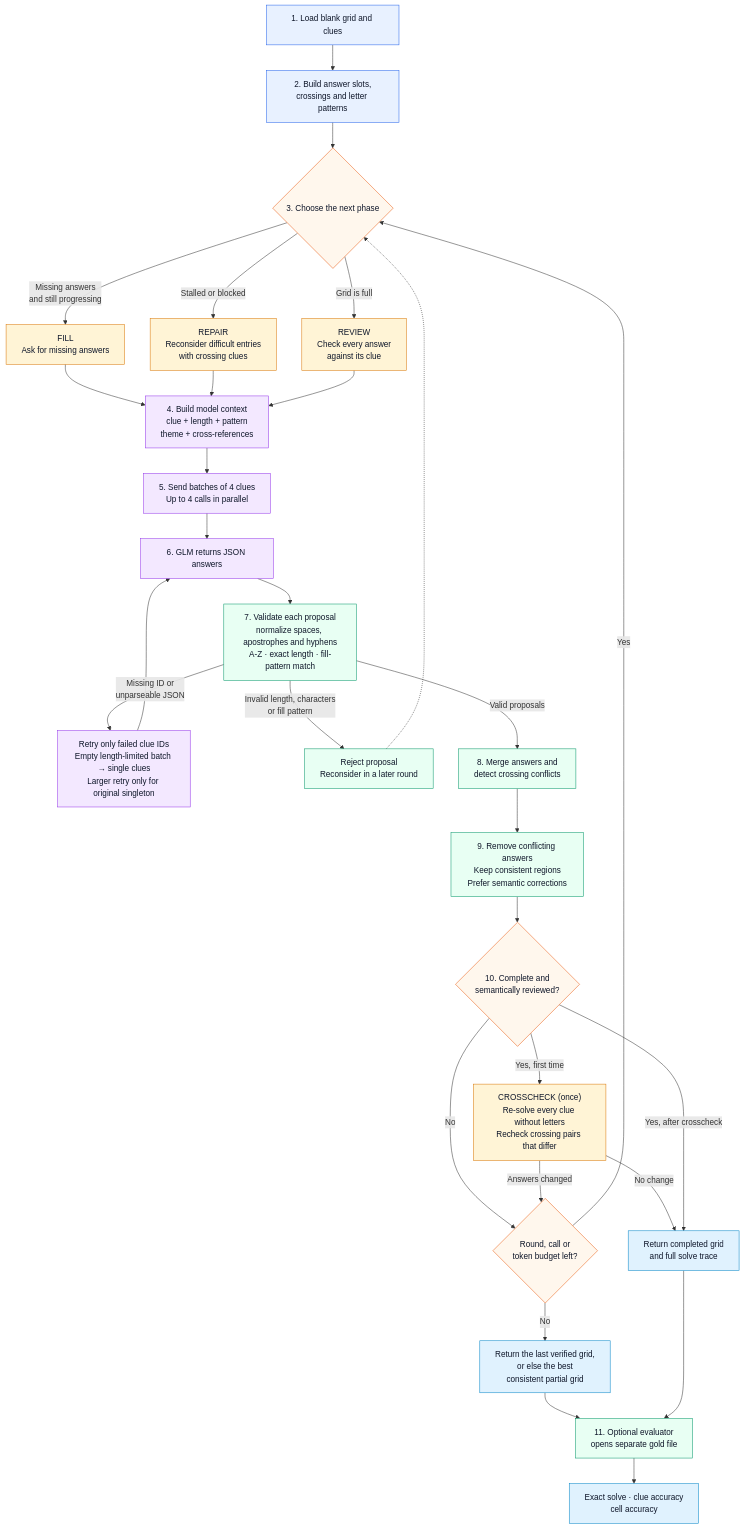
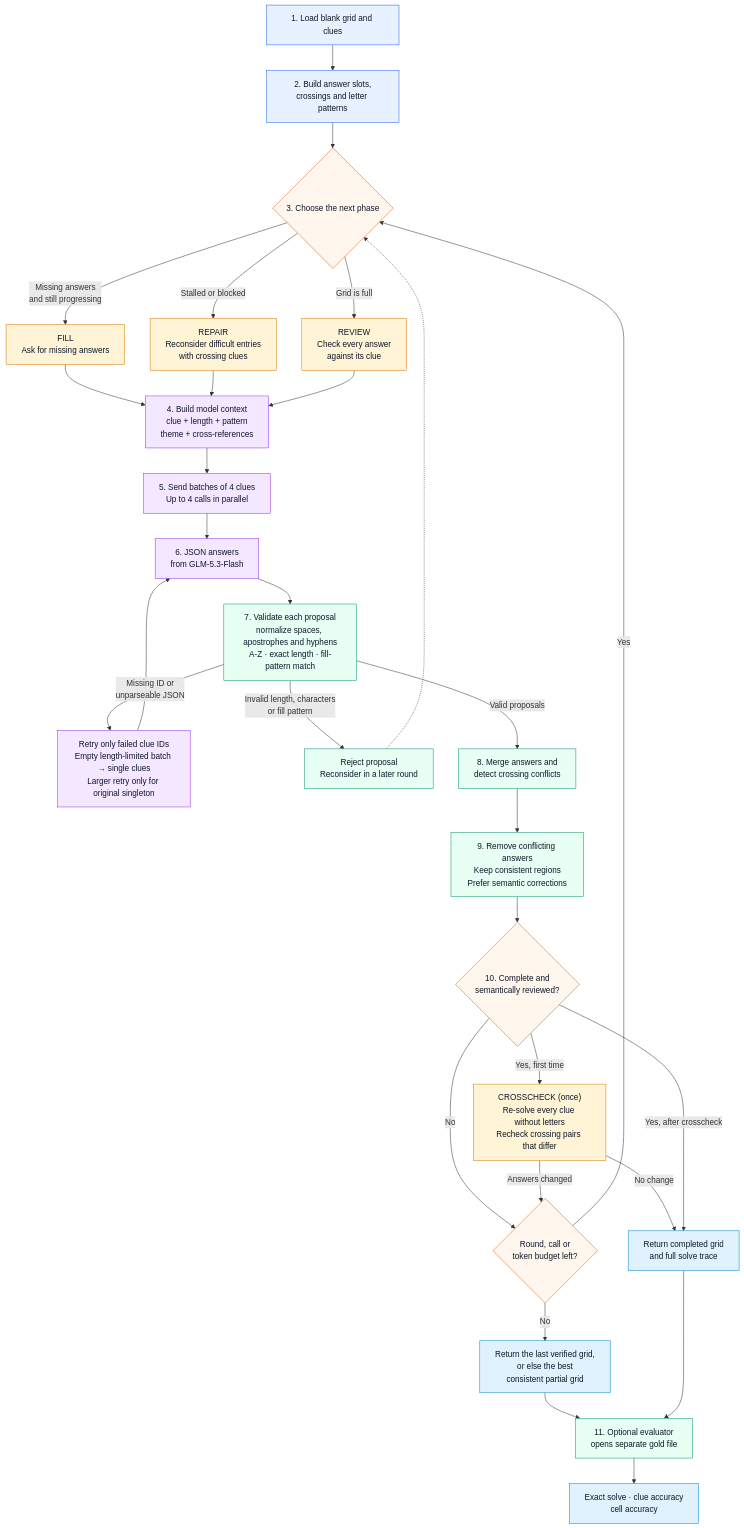
Before and after one commit to ChangYeongJeong1103/crossword-ai-agent: the first of 4 diagrams in ARCHITECTURE.md, drawn with Mermaid. The commit also changed other lines of this file and 26 other files, not shown here.

````diff
--- a/ARCHITECTURE.md
+++ b/ARCHITECTURE.md
@@ -7,52 +7,52 @@
 ```mermaid
 flowchart TD
   A["1. Load blank grid and clues"] --> B["2. Build answer slots,<br/>crossings and letter patterns"]
   B --> C{"3. Choose the next phase"}
 
   C -->|"Missing answers<br/>and still progressing"| D["FILL<br/>Ask for missing answers"]
   C -->|"Stalled or blocked"| E["REPAIR<br/>Reconsider difficult entries<br/>with crossing clues"]
   C -->|"Grid is full"| F["REVIEW<br/>Check every answer<br/>against its clue"]
 
   D --> G["4. Build model context<br/>clue + length + pattern<br/>theme + cross-references"]
   E --> G
   F --> G
 
   G --> H["5. Send batches of 4 clues<br/>Up to 4 calls in parallel"]
-  H --> I["6. GLM returns JSON answers"]
+  H --> I["6. JSON answers<br/>from GLM-5.3-Flash"]
   I --> J["7. Validate each proposal<br/>normalize spaces, apostrophes and hyphens<br/>A-Z · exact length · fill-pattern match"]
 
   J -->|"Missing ID or<br/>unparseable JSON"| K["Retry only failed clue IDs<br/>Empty length-limited batch → single clues<br/>Larger retry only for original singleton"]
   K --> I
 
   J -->|"Invalid length, characters<br/>or fill pattern"| T["Reject proposal<br/>Reconsider in a later round"]
   T -.-> C
   J -->|"Valid proposals"| L["8. Merge answers and<br/>detect crossing conflicts"]
   L --> M["9. Remove conflicting answers<br/>Keep consistent regions<br/>Prefer semantic corrections"]
 
   M --> N{"10. Complete and<br/>semantically reviewed?"}
   N -->|"No"| O{"Round, call or<br/>token budget left?"}
   O -->|"Yes"| C
   O -->|"No"| P["Return the last verified grid,<br/>or else the best<br/>consistent partial grid"]
   N -->|"Yes, first time"| X["CROSSCHECK (once)<br/>Re-solve every clue without letters<br/>Recheck crossing pairs that differ"]
   X -->|"Answers changed"| O
   X -->|"No change"| Q["Return completed grid<br/>and full solve trace"]
   N -->|"Yes, after crosscheck"| Q
 
   P --> R["11. Optional evaluator<br/>opens separate gold file"]
   Q --> R
   R --> S["Exact solve · clue accuracy<br/>cell accuracy"]
 
   classDef input fill:#e8f1ff,stroke:#2563eb,color:#0f172a;
   classDef phase fill:#fff4d6,stroke:#d97706,color:#0f172a;
   classDef model fill:#f3e8ff,stroke:#9333ea,color:#0f172a;
   classDef check fill:#e8fff3,stroke:#059669,color:#0f172a;
   classDef decision fill:#fff7ed,stroke:#ea580c,color:#0f172a;
   classDef result fill:#e0f2fe,stroke:#0284c7,color:#0f172a;
 
   class A,B input;
   class D,E,F,X phase;
   class G,H,I,K model;
   class J,L,M,R,T check;
   class C,N,O decision;
   class P,Q,S result;
 ```
````
